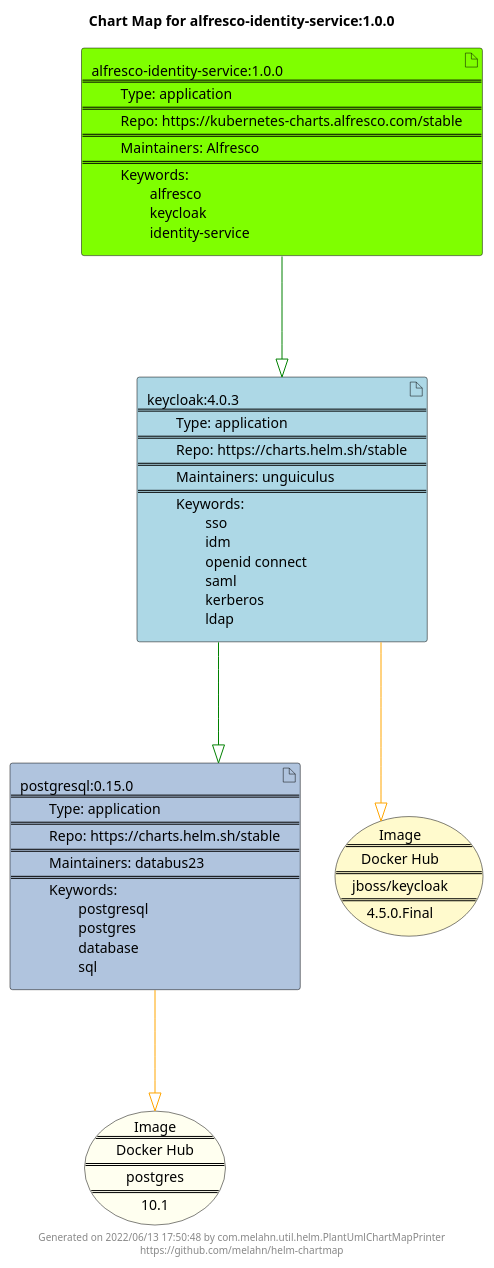
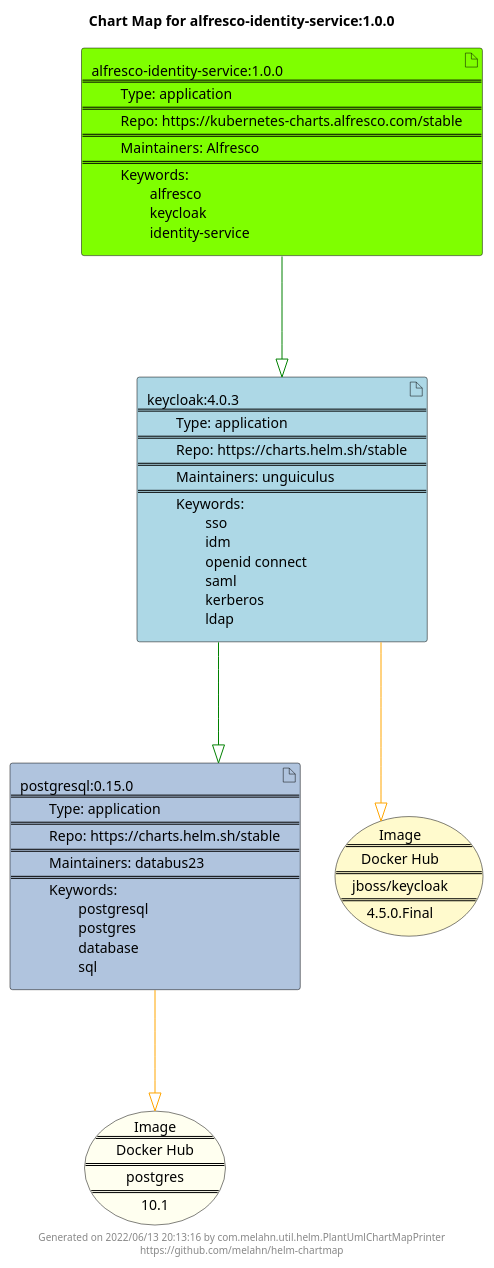
The diagram in docs/alfresco-identity-service/alfresco-identity-service-1.0.0.puml (melahn/helm-chartmap), drawn with PlantUML before and after one commit. The commit also changed 59 other files, not shown here.

Commit message:
Update Example Chart Maps as part of GitHub build

```diff
--- a/docs/alfresco-identity-service/alfresco-identity-service-1.0.0.puml
+++ b/docs/alfresco-identity-service/alfresco-identity-service-1.0.0.puml
@@ -1,27 +1,27 @@
 @startuml
 skinparam linetype ortho
 skinparam backgroundColor white
 skinparam usecaseBorderColor black
 skinparam usecaseArrowColor LightSlateGray
 skinparam artifactBorderColor black
 skinparam artifactArrowColor LightSlateGray
 
 title Chart Map for alfresco-identity-service:1.0.0
 
 'There are 3 referenced Helm Charts
 artifact "keycloak:4.0.3\n====\n\tType: application\n====\n\tRepo: https://charts.helm.sh/stable\n====\n\tMaintainers: unguiculus\n====\n\tKeywords: \n\t\tsso\n\t\tidm\n\t\topenid connect\n\t\tsaml\n\t\tkerberos\n\t\tldap" as keycloak_4_0_3 #LightBlue
 artifact "alfresco-identity-service:1.0.0\n====\n\tType: application\n====\n\tRepo: https://kubernetes-charts.alfresco.com/stable\n====\n\tMaintainers: Alfresco\n====\n\tKeywords: \n\t\talfresco\n\t\tkeycloak\n\t\tidentity-service" as alfresco_identity_service_1_0_0 #Chartreuse
 artifact "postgresql:0.15.0\n====\n\tType: application\n====\n\tRepo: https://charts.helm.sh/stable\n====\n\tMaintainers: databus23\n====\n\tKeywords: \n\t\tpostgresql\n\t\tpostgres\n\t\tdatabase\n\t\tsql" as postgresql_0_15_0 #LightSteelBlue
 
 'There are 2 referenced Docker Images
 usecase "Image\n====\nDocker Hub\n====\npostgres\n====\n10.1" as postgres_10_1 #Ivory
 usecase "Image\n====\nDocker Hub\n====\njboss/keycloak\n====\n4.5.0.Final" as jboss_keycloak_4_5_0_Final #LemonChiffon
 
 'Chart Dependencies
 alfresco_identity_service_1_0_0--[#green]-|>keycloak_4_0_3
 keycloak_4_0_3--[#green]-|>postgresql_0_15_0
 keycloak_4_0_3--[#orange]-|>jboss_keycloak_4_5_0_Final
 postgresql_0_15_0--[#orange]-|>postgres_10_1
 
-center footer Generated on 2022/06/13 17:50:48 by com.melahn.util.helm.PlantUmlChartMapPrinter\nhttps://github.com/melahn/helm-chartmap
+center footer Generated on 2022/06/13 20:13:16 by com.melahn.util.helm.PlantUmlChartMapPrinter\nhttps://github.com/melahn/helm-chartmap
 @enduml
```
